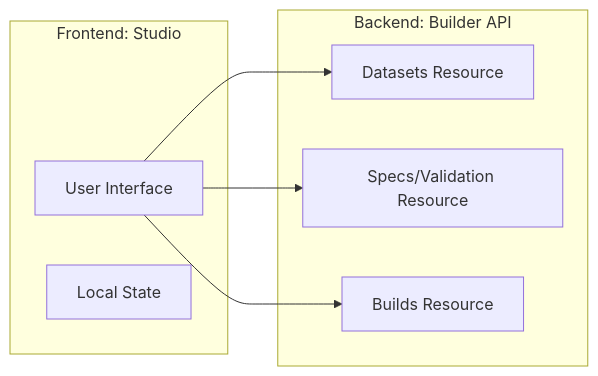
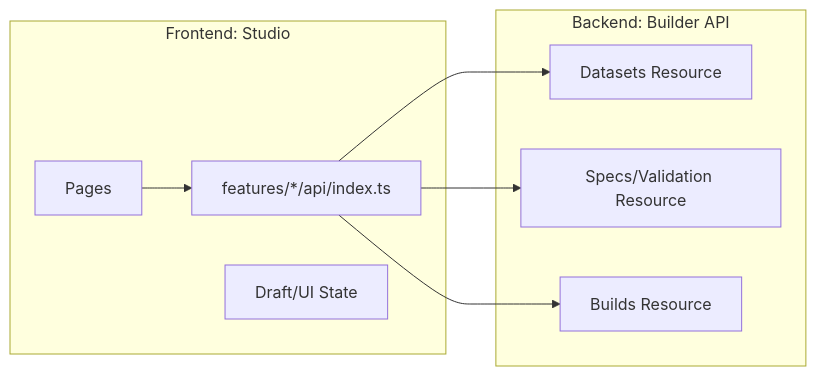
The first of 3 diagrams in API_CONTRACT.md (yeongseon/kpubdata-studio), drawn with Mermaid before and after one commit. The commit also changed other lines of this file and 11 other files, not shown here.

First line of the commit message:
docs: update all documentation for Vite + React SPA architecture (closes #25)

````diff
--- a/API_CONTRACT.md
+++ b/API_CONTRACT.md
@@ -6,17 +6,19 @@
 ```mermaid
 graph LR
     subgraph Studio [Frontend: Studio]
-        UI[User Interface]
-        State[Local State]
+        UI[Pages]
+        FeatureAPI[features/*/api/index.ts]
+        State[Draft/UI State]
     end
 
     subgraph API [Backend: Builder API]
         Datasets[Datasets Resource]
         Specs[Specs/Validation Resource]
         Builds[Builds Resource]
     end
 
-    UI --> Datasets
-    UI --> Specs
-    UI --> Builds
+    UI --> FeatureAPI
+    FeatureAPI --> Datasets
+    FeatureAPI --> Specs
+    FeatureAPI --> Builds
 ```
````
